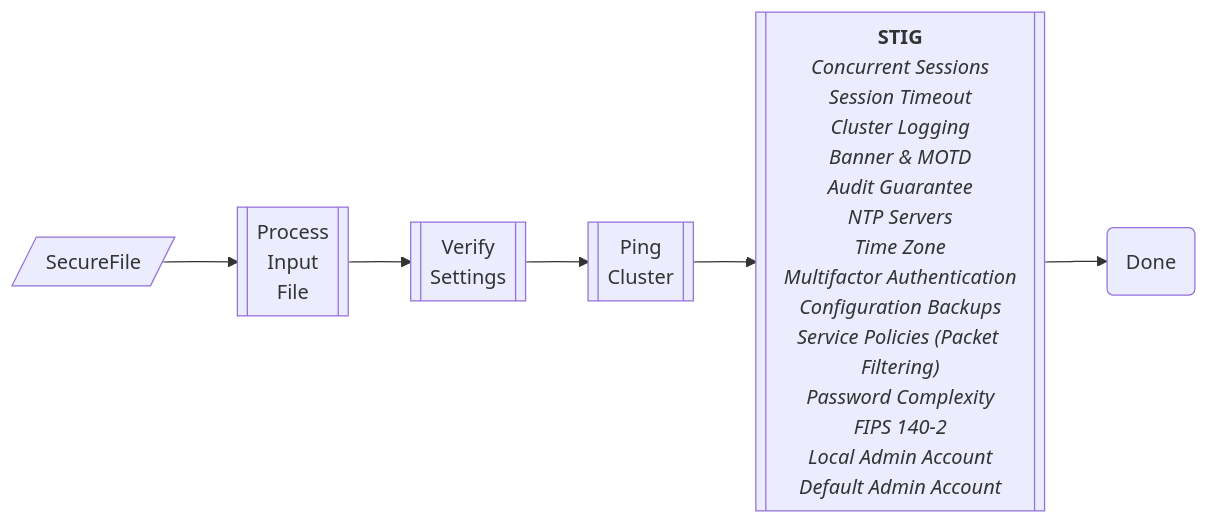
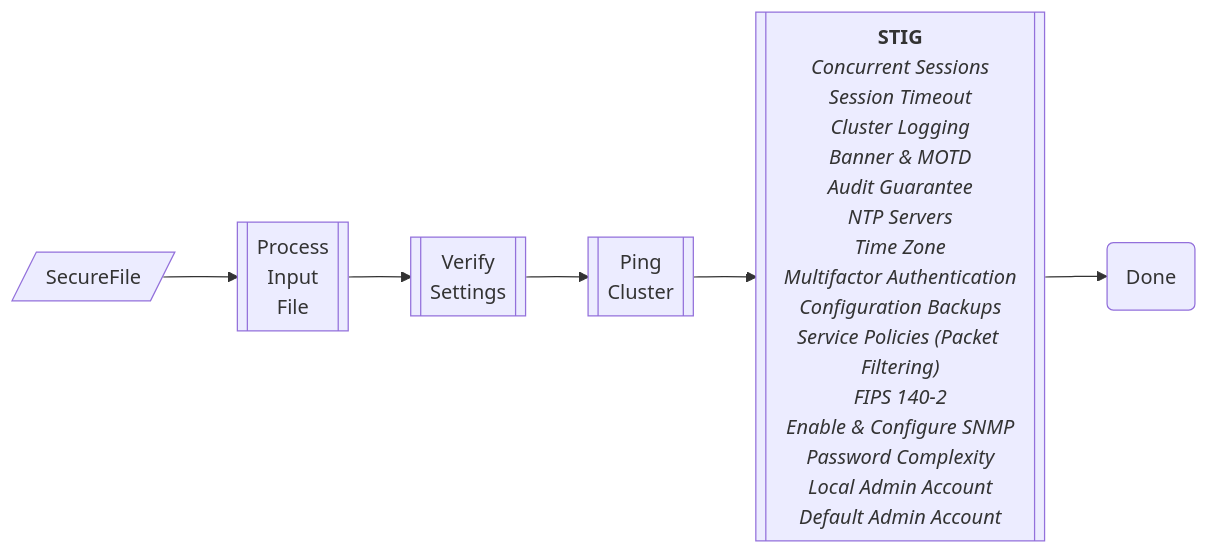
Before and after one commit to johncchampion/ontap_stig: the first of 2 diagrams in README.md, drawn with Mermaid.

````diff
--- a/README.md
+++ b/README.md
@@ -111,28 +111,29 @@
 ```mermaid
 
 flowchart LR
 V1[/SecureFile/]
 T1[[Process<br>Input<br>File]]
 T2[[Verify<br>Settings]]
 T3[[Ping<br>Cluster]]
 T4[["<b>STIG</b><i>
 Concurrent Sessions
 Session Timeout
 Cluster Logging
 Banner & MOTD
 Audit Guarantee
 NTP Servers
 Time Zone
 Multifactor Authentication
 Configuration Backups
 Service Policies (Packet Filtering)
+FIPS 140-2
+Enable & Configure SNMP
 Password Complexity
-FIPS 140-2
 Local Admin Account
 Default Admin Account
 </i>
 "]]
 T99(Done)
 V1 --> T1 --> T2 --> T3 --> T4 --> T99
 
 ```
````
